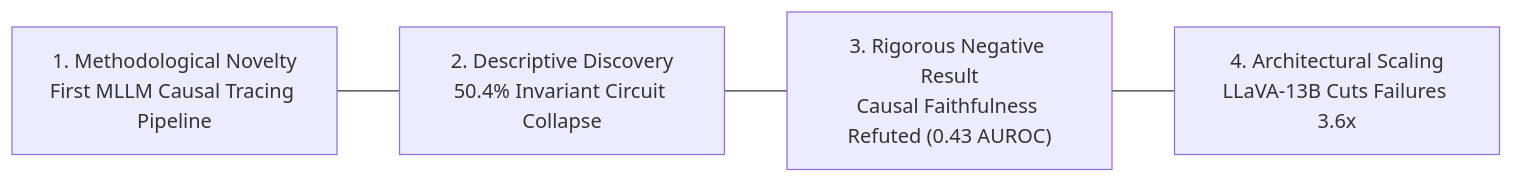
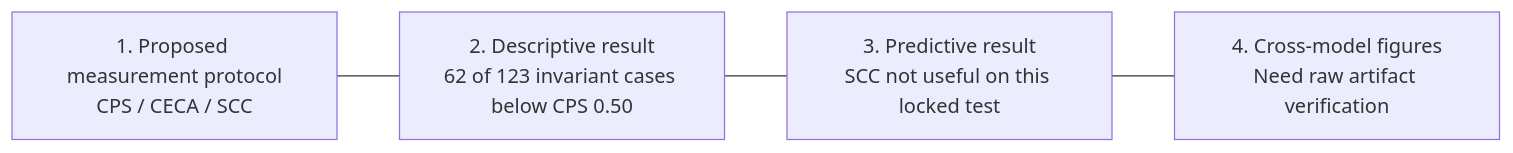
The sixth of 6 diagrams in outputs/study_1000_experiment_results_and_findings.md (Abidur-Rahman-01/semantic-causal-pathway), drawn with Mermaid before and after one commit. The commit also changed other lines of this file and 19 other files, not shown here.

````diff
--- a/outputs/study_1000_experiment_results_and_findings.md
+++ b/outputs/study_1000_experiment_results_and_findings.md
@@ -243,8 +243,8 @@
 ```mermaid
 flowchart LR
-    C1["1. Methodological Novelty<br>First MLLM Causal Tracing Pipeline"]
-    C2["2. Descriptive Discovery<br>50.4% Invariant Circuit Collapse"]
-    C3["3. Rigorous Negative Result<br>Causal Faithfulness Refuted (0.43 AUROC)"]
-    C4["4. Architectural Scaling<br>LLaVA-13B Cuts Failures 3.6x"]
+    C1["1. Proposed measurement protocol<br>CPS / CECA / SCC"]
+    C2["2. Descriptive result<br>62 of 123 invariant cases below CPS 0.50"]
+    C3["3. Predictive result<br>SCC not useful on this locked test"]
+    C4["4. Cross-model figures<br>Need raw artifact verification"]
     C1 --- C2 --- C3 --- C4
 ```
````
